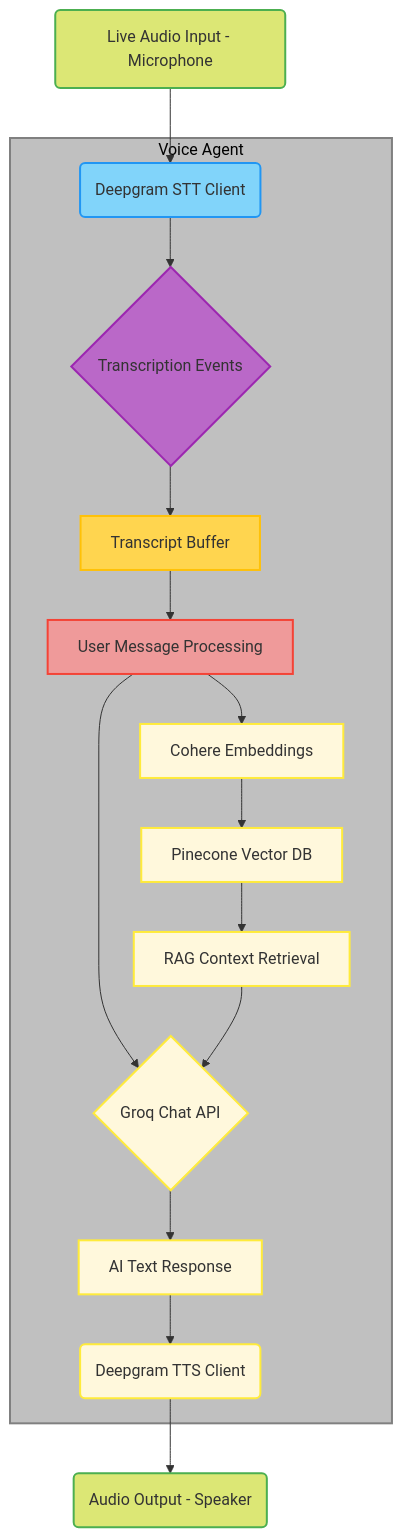
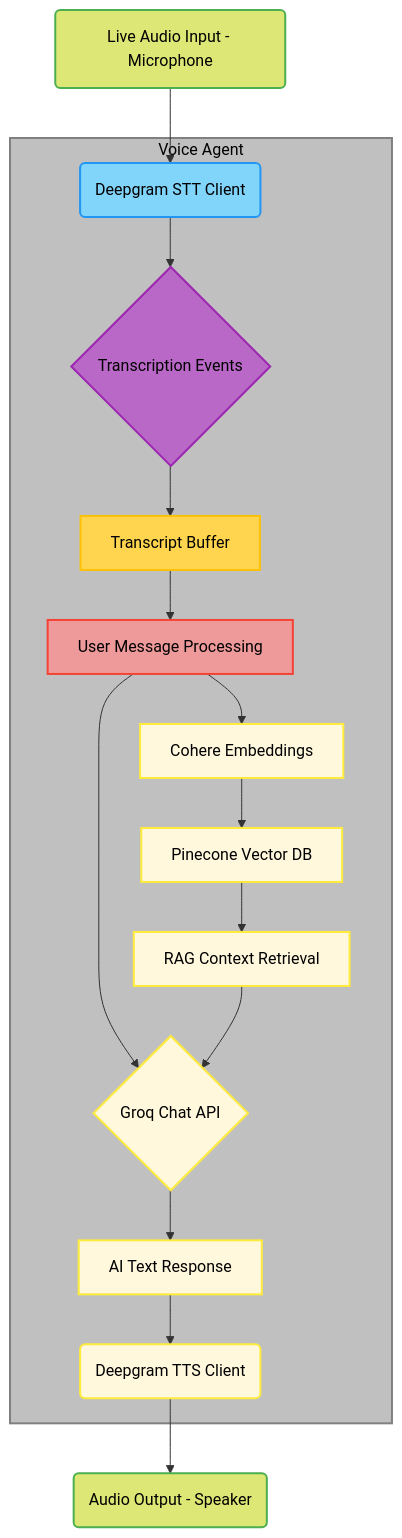
One commit to MeriemTerki/PsycheAI changed the third of 3 diagrams in backend/README.md. Above: the diagram before and after it, drawn with Mermaid. The commit also changed other lines of this file, not shown here.

````diff
--- a/backend/README.md
+++ b/backend/README.md
@@ -100,46 +100,46 @@
 ```mermaid
 graph TD
     InputMic(Live Audio Input - Microphone)
     OutputSpeaker(Audio Output - Speaker)
 
     subgraph voice_agent_subgraph["Voice Agent"]
         DeepgramSTT(Deepgram STT Client)
         TransEvents{Transcription Events}
         TranscriptBuffer[Transcript Buffer]
         UserMsgProc[User Message Processing]
         GroqChat{Groq Chat API}
         CohereEmbed[Cohere Embeddings]
         PineconeDB[Pinecone Vector DB]
         RAGContext[RAG Context Retrieval]
         AIText[AI Text Response]
         DeepgramTTS(Deepgram TTS Client)
     end
 
     InputMic --> DeepgramSTT
     DeepgramSTT --> TransEvents
     TransEvents --> TranscriptBuffer
     TranscriptBuffer --> UserMsgProc
     UserMsgProc --> GroqChat
     UserMsgProc --> CohereEmbed
     CohereEmbed --> PineconeDB
     PineconeDB --> RAGContext
     RAGContext --> GroqChat
     GroqChat --> AIText
     AIText --> DeepgramTTS
     DeepgramTTS --> OutputSpeaker
 
-    style InputMic fill:#DCE775,stroke:#4CAF50,stroke-width:2px
-    style OutputSpeaker fill:#DCE775,stroke:#4CAF50,stroke-width:2px
-    style DeepgramSTT fill:#81D4FA,stroke:#2196F3,stroke-width:2px
-    style TransEvents fill:#BA68C8,stroke:#9C27B0,stroke-width:2px
-    style TranscriptBuffer fill:#FFD54F,stroke:#FFC107,stroke-width:2px
-    style UserMsgProc fill:#EF9A9A,stroke:#F44336,stroke-width:2px
-    style GroqChat fill:#FFF8DC,stroke:#FFEB3B,stroke-width:2px
-    style CohereEmbed fill:#FFF8DC,stroke:#FFEB3B,stroke-width:2px
-    style PineconeDB fill:#FFF8DC,stroke:#FFEB3B,stroke-width:2px
-    style RAGContext fill:#FFF8DC,stroke:#FFEB3B,stroke-width:2px
-    style AIText fill:#FFF8DC,stroke:#FFEB3B,stroke-width:2px
-    style DeepgramTTS fill:#FFF8DC,stroke:#FFEB3B,stroke-width:2px
+    style InputMic fill:#DCE775,stroke:#4CAF50,stroke-width:2px,color:#000000
+    style OutputSpeaker fill:#DCE775,stroke:#4CAF50,stroke-width:2px,color:#000000
+    style DeepgramSTT fill:#81D4FA,stroke:#2196F3,stroke-width:2px,color:#000000
+    style TransEvents fill:#BA68C8,stroke:#9C27B0,stroke-width:2px,color:#000000
+    style TranscriptBuffer fill:#FFD54F,stroke:#FFC107,stroke-width:2px,color:#000000
+    style UserMsgProc fill:#EF9A9A,stroke:#F44336,stroke-width:2px,color:#000000
+    style GroqChat fill:#FFF8DC,stroke:#FFEB3B,stroke-width:2px,color:#000000
+    style CohereEmbed fill:#FFF8DC,stroke:#FFEB3B,stroke-width:2px,color:#000000
+    style PineconeDB fill:#FFF8DC,stroke:#FFEB3B,stroke-width:2px,color:#000000
+    style RAGContext fill:#FFF8DC,stroke:#FFEB3B,stroke-width:2px,color:#000000
+    style AIText fill:#FFF8DC,stroke:#FFEB3B,stroke-width:2px,color:#000000
+    style DeepgramTTS fill:#FFF8DC,stroke:#FFEB3B,stroke-width:2px,color:#000000
     style voice_agent_subgraph fill:#C0C0C0,stroke:#808080,stroke-width:2px,color:#000000
 
 ```
````
